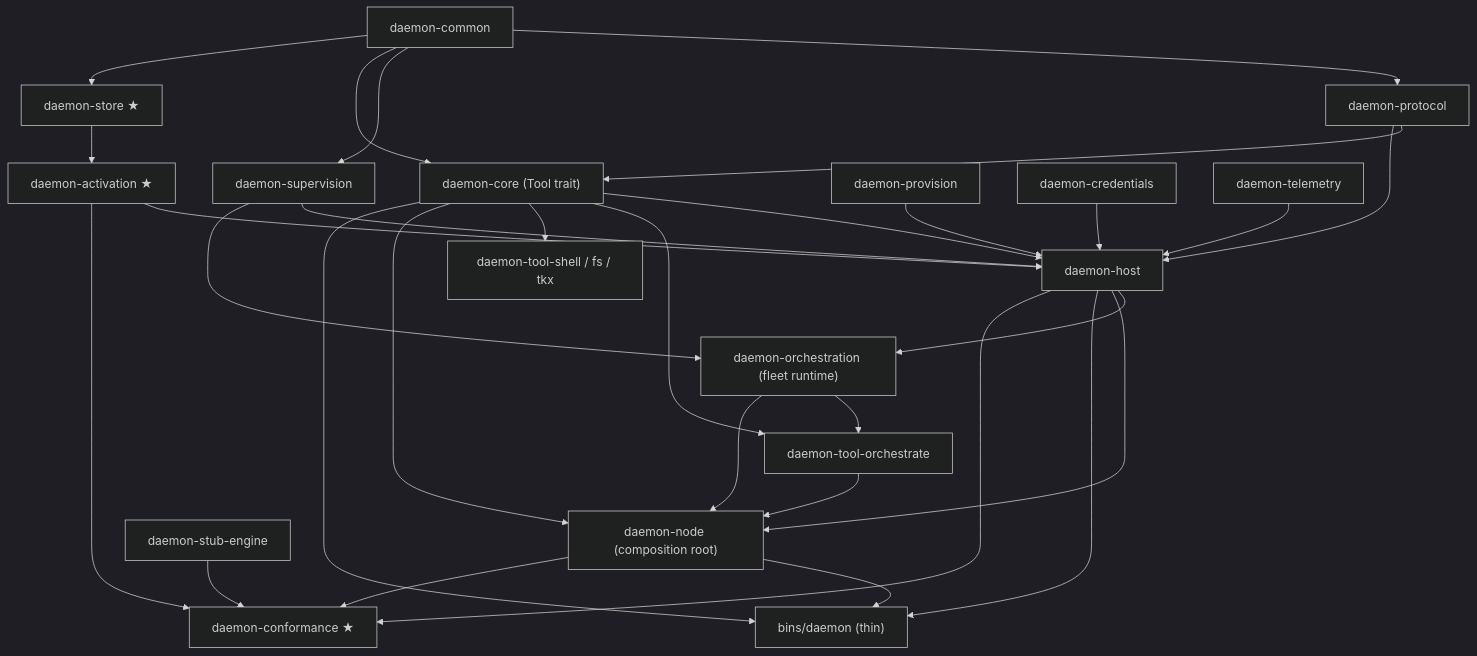
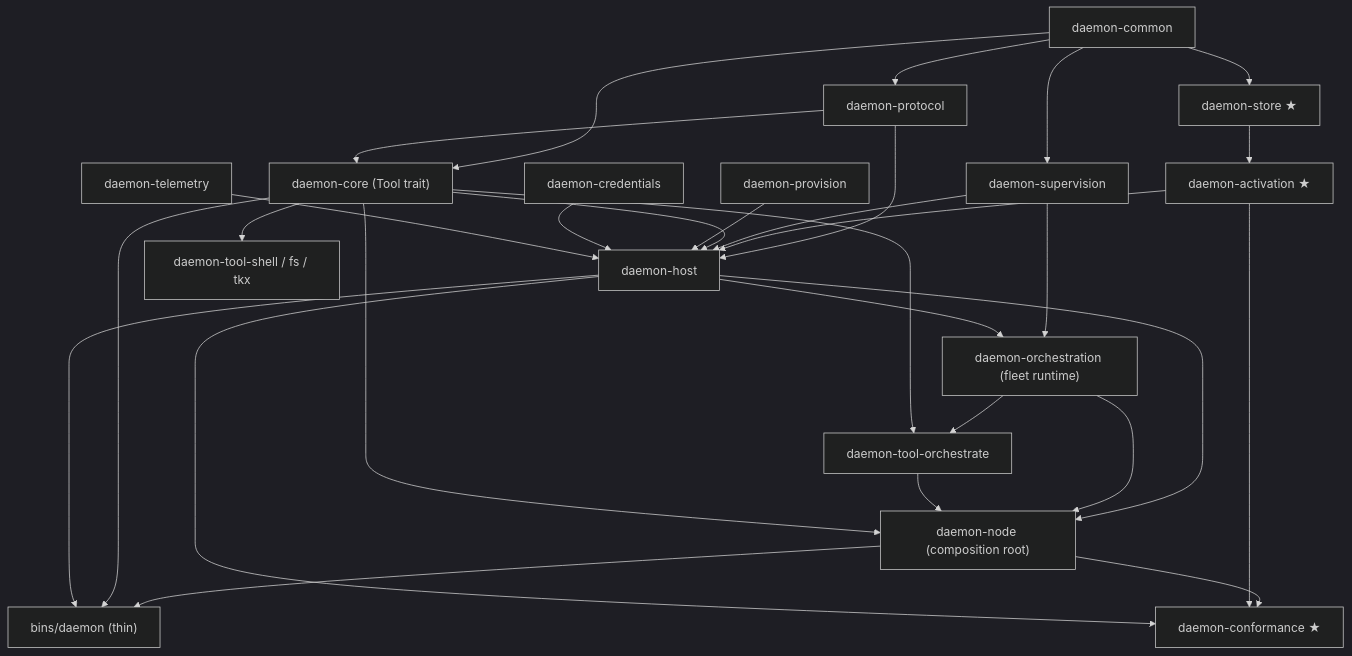
The first of 2 diagrams in docs/daemon-workspace-layout.md (daemon-ai/daemon-node), drawn with Mermaid (dark theme) before and after one commit. The commit also changed other lines of this file and 18 other files, not shown here.

````diff
--- a/docs/daemon-workspace-layout.md
+++ b/docs/daemon-workspace-layout.md
@@ -146,44 +170,42 @@
 ```mermaid
 flowchart TB
   common["daemon-common"]
   proto["daemon-protocol"]
   sup["daemon-supervision"]
   core["daemon-core (Tool trait)"]
   store["daemon-store ★"]
   act["daemon-activation ★"]
   prov["daemon-provision"]
   cred["daemon-credentials"]
   tel["daemon-telemetry"]
   host["daemon-host"]
   orch["daemon-orchestration (fleet runtime)"]
   torch["daemon-tool-orchestrate"]
   tstd["daemon-tool-shell / fs / tkx"]
   node["daemon-node (composition root)"]
   bin["bins/daemon (thin)"]
-  stub["daemon-stub-engine"]
   conf["daemon-conformance ★"]
 
   common --> proto & sup & core & store
   proto --> core & host
   store --> act
   act --> host
   sup --> host & orch
   core --> host
   prov --> host
   cred --> host
   tel --> host
   host --> orch
   orch --> torch
   core --> torch & tstd
   host --> node
   orch --> node
   torch --> node
   core --> node
   node --> bin
   core --> bin
   host --> bin
   node --> conf
-  stub --> conf
   act --> conf
   host --> conf
 ```
````
